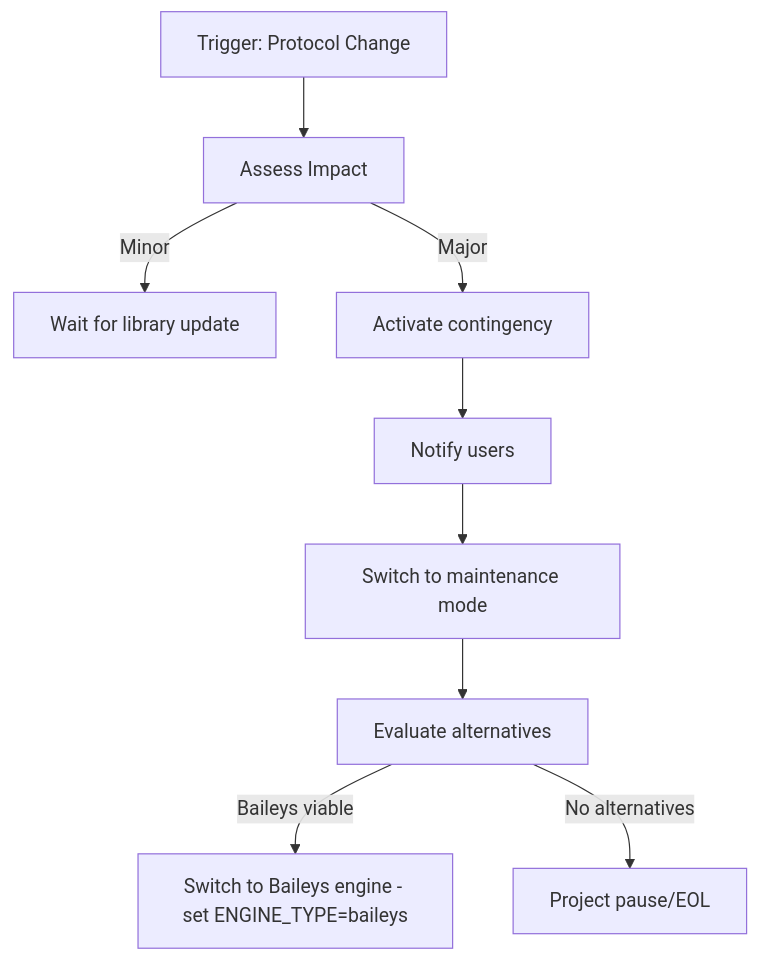
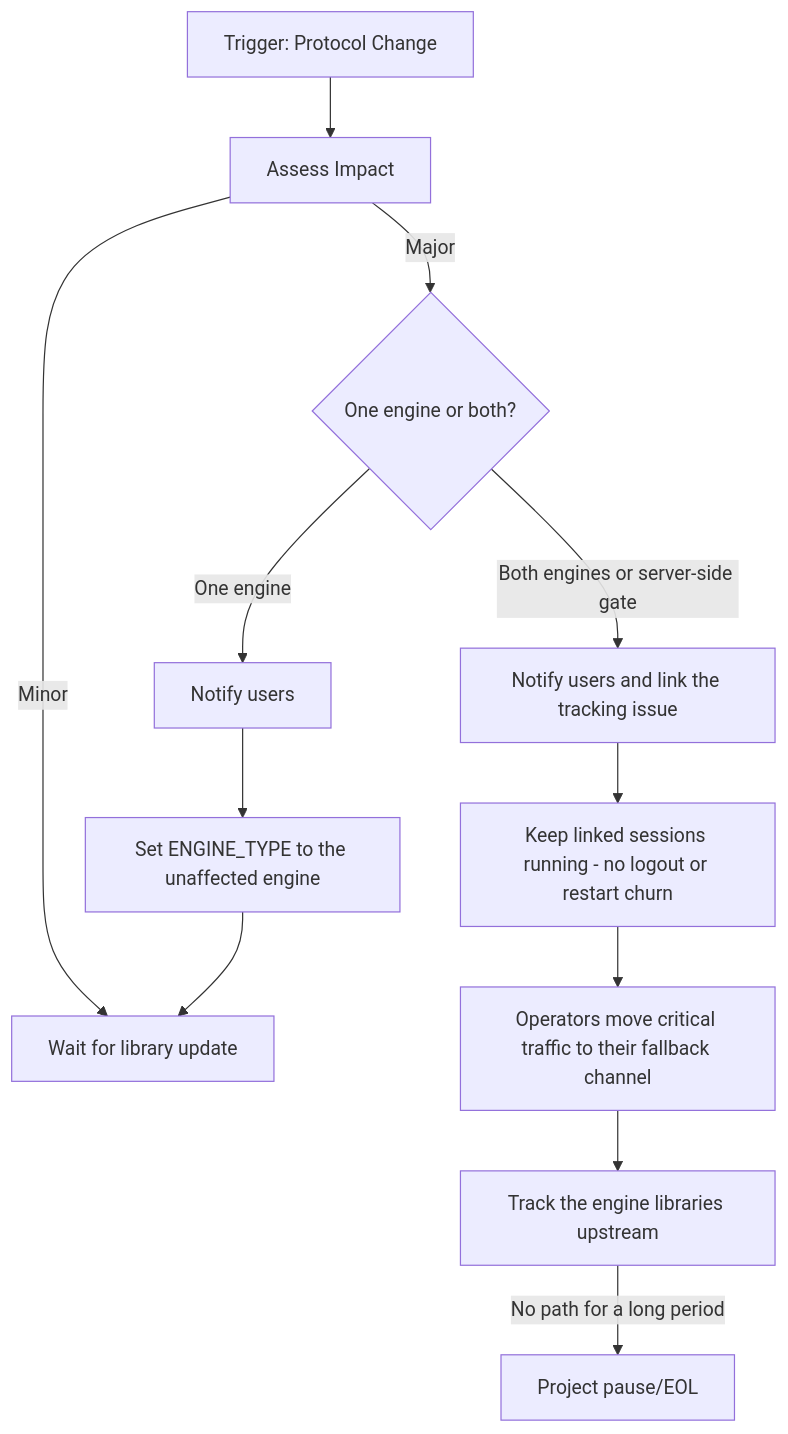
The eighth of 12 diagrams in docs/16-risk-management.md (AntoineTROOVY/Sherlo), drawn with Mermaid before and after one commit. The commit also changed other lines of this file and 2 other files, not shown here.

Commit message:
docs: warn that the passkey linking gate blocks both engines
WhatsApp now asks some accounts for a passkey step during companion
linking. Neither engine implements it, so QR and pairing code both
stall at qr_ready. The README never mentioned it, and the risk guide
still offered switching ENGINE_TYPE as the mitigation for a protocol
change, with no contingency path for a break that hits both engines.

Add the gate to the README's known platform behaviour, widen R001 to
cover both engine libraries and say when an engine switch helps, give
Plan A a both-engines branch that keeps linked sessions running, and
stop the architecture migration diagram from routing a both-engines
break through a community fork.

````diff
--- a/docs/16-risk-management.md
+++ b/docs/16-risk-management.md
@@ -458,12 +461,15 @@
 ```mermaid
 flowchart TB
     T[Trigger: Protocol Change] --> A1[Assess Impact]
     A1 --> |Minor| M1[Wait for library update]
-    A1 --> |Major| M2[Activate contingency]
+    A1 --> |Major| E{One engine or both?}
 
-    M2 --> C1[Notify users]
-    C1 --> C2[Switch to maintenance mode]
-    C2 --> C3[Evaluate alternatives]
-    C3 --> |Baileys viable| C4[Switch to Baileys engine - set ENGINE_TYPE=baileys]
-    C3 --> |No alternatives| C5[Project pause/EOL]
+    E --> |One engine| C1[Notify users]
+    C1 --> C2[Set ENGINE_TYPE to the unaffected engine]
+    C2 --> M1
+    E --> |Both engines or server-side gate| B1[Notify users and link the tracking issue]
+    B1 --> B2[Keep linked sessions running - no logout or restart churn]
+    B2 --> B3[Operators move critical traffic to their fallback channel]
+    B3 --> B4[Track the engine libraries upstream]
+    B4 --> |No path for a long period| C5[Project pause/EOL]
 ```
````
